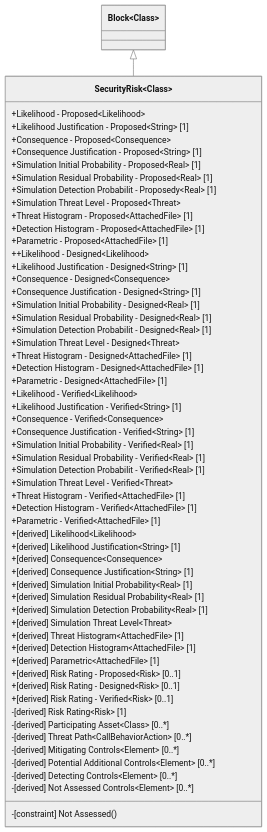
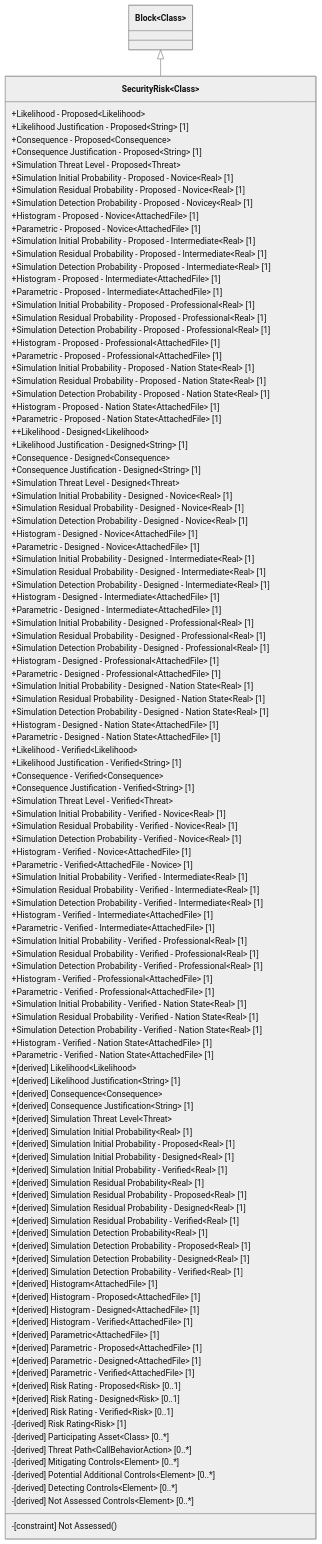
Before and after one commit to stuartfowler/CEMT: diagram 37 of 47 in Documentation/stereotypes.md, drawn with Mermaid (neutral theme). The commit also changed other lines of this file and 24 other files, not shown here.

```diff
--- a/Documentation/stereotypes.md
+++ b/Documentation/stereotypes.md
@@ -818,49 +855,106 @@
             +Likelihood Justification - Proposed~String~ [1]
             +Consequence - Proposed~Consequence~
             +Consequence Justification - Proposed~String~ [1]
-            +Simulation Initial Probability - Proposed~Real~ [1]
-            +Simulation Residual Probability - Proposed~Real~ [1]
-            +Simulation Detection Probabilit - Proposedy~Real~ [1]
             +Simulation Threat Level - Proposed~Threat~
-            +Threat Histogram - Proposed~AttachedFile~ [1]
-            +Detection Histogram - Proposed~AttachedFile~ [1]
-            +Parametric - Proposed~AttachedFile~ [1]
+            +Simulation Initial Probability - Proposed - Novice~Real~ [1]
+            +Simulation Residual Probability - Proposed - Novice~Real~ [1]
+            +Simulation Detection Probability - Proposed - Novicey~Real~ [1]
+            +Histogram - Proposed - Novice~AttachedFile~ [1]
+            +Parametric - Proposed - Novice~AttachedFile~ [1]
+            +Simulation Initial Probability - Proposed - Intermediate~Real~ [1]
+            +Simulation Residual Probability - Proposed - Intermediate~Real~ [1]
+            +Simulation Detection Probability - Proposed - Intermediate~Real~ [1]
+            +Histogram - Proposed - Intermediate~AttachedFile~ [1]
+            +Parametric - Proposed - Intermediate~AttachedFile~ [1]
+            +Simulation Initial Probability - Proposed - Professional~Real~ [1]
+            +Simulation Residual Probability - Proposed - Professional~Real~ [1]
+            +Simulation Detection Probability - Proposed - Professional~Real~ [1]
+            +Histogram - Proposed - Professional~AttachedFile~ [1]
+            +Parametric - Proposed - Professional~AttachedFile~ [1]
+            +Simulation Initial Probability - Proposed - Nation State~Real~ [1]
+            +Simulation Residual Probability - Proposed - Nation State~Real~ [1]
+            +Simulation Detection Probability - Proposed - Nation State~Real~ [1]
+            +Histogram - Proposed - Nation State~AttachedFile~ [1]
+            +Parametric - Proposed - Nation State~AttachedFile~ [1]
 
             ++Likelihood - Designed~Likelihood~
             +Likelihood Justification - Designed~String~ [1]
             +Consequence - Designed~Consequence~
             +Consequence Justification - Designed~String~ [1]
-            +Simulation Initial Probability - Designed~Real~ [1]
-            +Simulation Residual Probability - Designed~Real~ [1]
-            +Simulation Detection Probabilit - Designed~Real~ [1]
             +Simulation Threat Level - Designed~Threat~
-            +Threat Histogram - Designed~AttachedFile~ [1]
-            +Detection Histogram - Designed~AttachedFile~ [1]
-            +Parametric - Designed~AttachedFile~ [1]
+            +Simulation Initial Probability - Designed - Novice~Real~ [1]
+            +Simulation Residual Probability - Designed - Novice~Real~ [1]
+            +Simulation Detection Probability - Designed - Novice~Real~ [1]
+            +Histogram - Designed - Novice~AttachedFile~ [1]
+            +Parametric - Designed - Novice~AttachedFile~ [1]
+            +Simulation Initial Probability - Designed - Intermediate~Real~ [1]
+            +Simulation Residual Probability - Designed - Intermediate~Real~ [1]
+            +Simulation Detection Probability - Designed - Intermediate~Real~ [1]
+            +Histogram - Designed - Intermediate~AttachedFile~ [1]
+            +Parametric - Designed - Intermediate~AttachedFile~ [1]
+            +Simulation Initial Probability - Designed - Professional~Real~ [1]
+            +Simulation Residual Probability - Designed - Professional~Real~ [1]
+            +Simulation Detection Probability - Designed - Professional~Real~ [1]
+            +Histogram - Designed - Professional~AttachedFile~ [1]
+            +Parametric - Designed - Professional~AttachedFile~ [1]
+            +Simulation Initial Probability - Designed - Nation State~Real~ [1]
+            +Simulation Residual Probability - Designed - Nation State~Real~ [1]
+            +Simulation Detection Probability - Designed - Nation State~Real~ [1]
+            +Histogram - Designed - Nation State~AttachedFile~ [1]
+            +Parametric - Designed - Nation State~AttachedFile~ [1]
+
 
             +Likelihood - Verified~Likelihood~
             +Likelihood Justification - Verified~String~ [1]
             +Consequence - Verified~Consequence~
             +Consequence Justification - Verified~String~ [1]
-            +Simulation Initial Probability - Verified~Real~ [1]
-            +Simulation Residual Probability - Verified~Real~ [1]
-            +Simulation Detection Probabilit - Verified~Real~ [1]
             +Simulation Threat Level - Verified~Threat~
-            +Threat Histogram - Verified~AttachedFile~ [1]
-            +Detection Histogram - Verified~AttachedFile~ [1]
-            +Parametric - Verified~AttachedFile~ [1]
+            +Simulation Initial Probability - Verified - Novice~Real~ [1]
+            +Simulation Residual Probability - Verified - Novice~Real~ [1]
+            +Simulation Detection Probability - Verified - Novice~Real~ [1]
+            +Histogram - Verified - Novice~AttachedFile~ [1]
+            +Parametric - Verified~AttachedFile - Novice~ [1]
+            +Simulation Initial Probability - Verified - Intermediate~Real~ [1]
+            +Simulation Residual Probability - Verified - Intermediate~Real~ [1]
+            +Simulation Detection Probability - Verified - Intermediate~Real~ [1]
+            +Histogram - Verified - Intermediate~AttachedFile~ [1]
+            +Parametric - Verified - Intermediate~AttachedFile~ [1]
+            +Simulation Initial Probability - Verified - Professional~Real~ [1]
+            +Simulation Residual Probability - Verified - Professional~Real~ [1]
+            +Simulation Detection Probability - Verified - Professional~Real~ [1]
+            +Histogram - Verified - Professional~AttachedFile~ [1]
+            +Parametric - Verified - Professional~AttachedFile~ [1]
+            +Simulation Initial Probability - Verified - Nation State~Real~ [1]
+            +Simulation Residual Probability - Verified - Nation State~Real~ [1]
+            +Simulation Detection Probability - Verified - Nation State~Real~ [1]
+            +Histogram - Verified - Nation State~AttachedFile~ [1]
+            +Parametric - Verified - Nation State~AttachedFile~ [1]
 
             +[derived] Likelihood~Likelihood~
             +[derived] Likelihood Justification~String~ [1]
             +[derived] Consequence~Consequence~
             +[derived] Consequence Justification~String~ [1]
+            +[derived] Simulation Threat Level~Threat~
             +[derived] Simulation Initial Probability~Real~ [1]
+            +[derived] Simulation Initial Probability - Proposed~Real~ [1]
+            +[derived] Simulation Initial Probability - Designed~Real~ [1]
+            +[derived] Simulation Initial Probability - Verified~Real~ [1]
             +[derived] Simulation Residual Probability~Real~ [1]
+            +[derived] Simulation Residual Probability - Proposed~Real~ [1]
+            +[derived] Simulation Residual Probability - Designed~Real~ [1]
+            +[derived] Simulation Residual Probability - Verified~Real~ [1]
             +[derived] Simulation Detection Probability~Real~ [1]
-            +[derived] Simulation Threat Level~Threat~
-            +[derived] Threat Histogram~AttachedFile~ [1]
-            +[derived] Detection Histogram~AttachedFile~ [1]
+            +[derived] Simulation Detection Probability - Proposed~Real~ [1]
+            +[derived] Simulation Detection Probability - Designed~Real~ [1]
+            +[derived] Simulation Detection Probability - Verified~Real~ [1]
+            +[derived] Histogram~AttachedFile~ [1]
+            +[derived] Histogram - Proposed~AttachedFile~ [1]
+            +[derived] Histogram - Designed~AttachedFile~ [1]
+            +[derived] Histogram - Verified~AttachedFile~ [1]
             +[derived] Parametric~AttachedFile~ [1]
+            +[derived] Parametric - Proposed~AttachedFile~ [1]
+            +[derived] Parametric - Designed~AttachedFile~ [1]
+            +[derived] Parametric - Verified~AttachedFile~ [1]
             +[derived] Risk Rating - Proposed~Risk~ [0..1]
             +[derived] Risk Rating - Designed~Risk~ [0..1]
             +[derived] Risk Rating - Verified~Risk~ [0..1]
```
